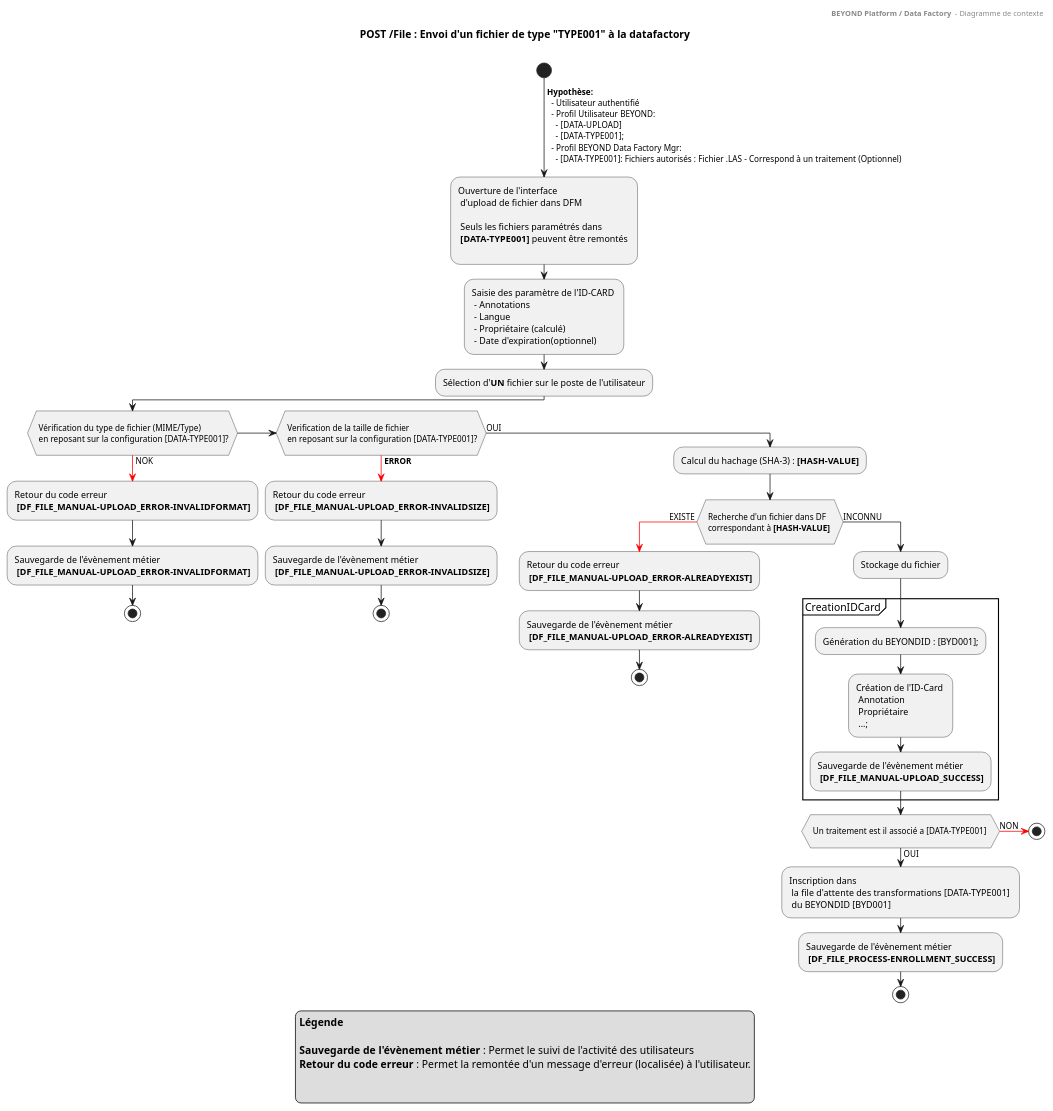
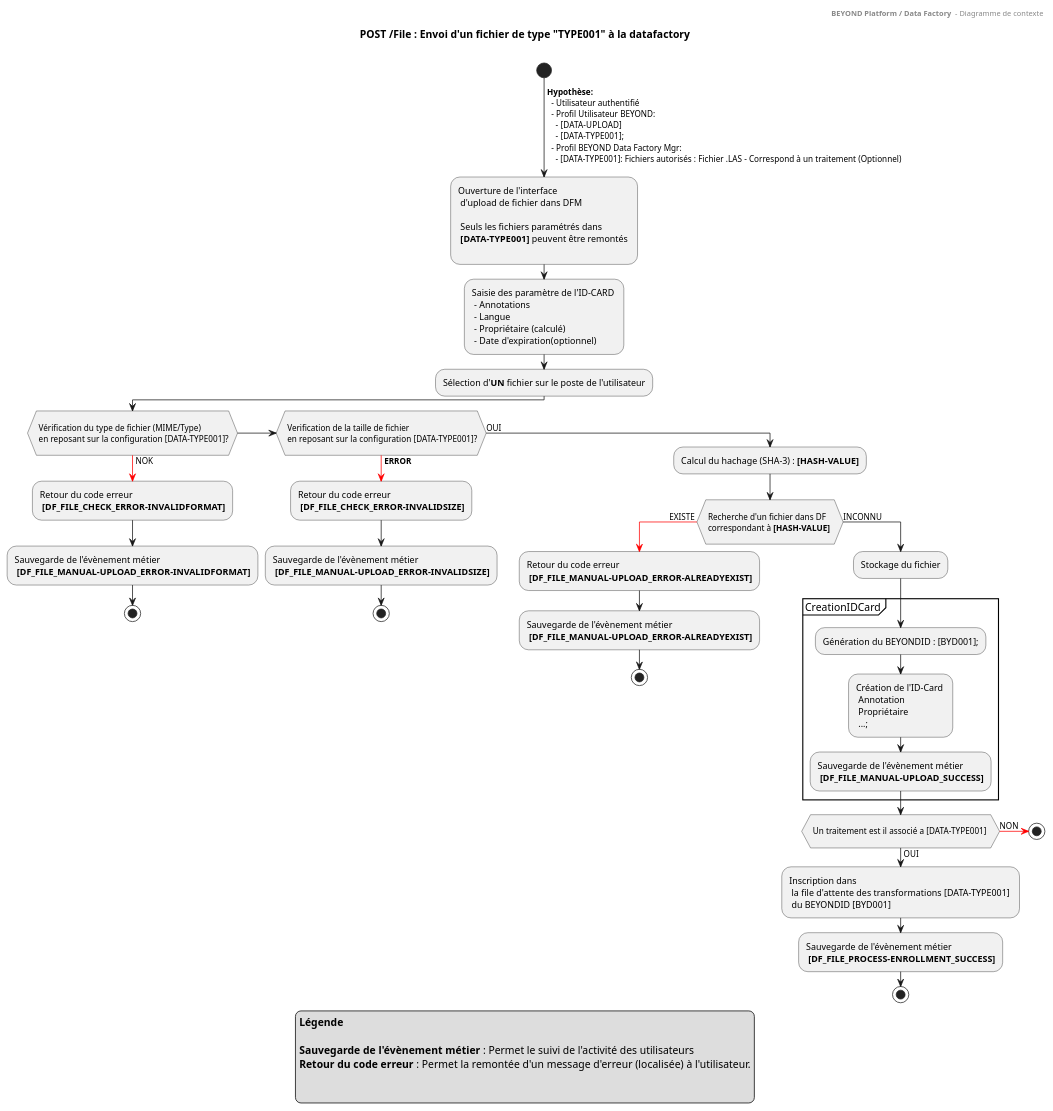
One commit to cogirep/documentation changed the diagram in 01.byd-DataFactory/1.ArchitectureDossier/images/0251.UCase-UPLOAD-File-M2M.puml. Above: the diagram before and after it, drawn with PlantUML. The commit also changed 11 other files, not shown here.

```diff
--- a/01.byd-DataFactory/1.ArchitectureDossier/images/0251.UCase-UPLOAD-File-M2M.puml
+++ b/01.byd-DataFactory/1.ArchitectureDossier/images/0251.UCase-UPLOAD-File-M2M.puml
@@ -1,66 +1,66 @@
 @startuml
 header
     <b>BEYOND Platform / Data Factory </b> - Diagramme de contexte
 end header
 
 title
 POST **/File** : Envoi d'un fichier de type "TYPE001" à la datafactory
 
 end title
 
 start
 ->  **Hypothèse:** \n  - Utilisateur authentifié \n  - Profil Utilisateur BEYOND:  \n    - [DATA-UPLOAD]\n    - [DATA-TYPE001];\n  - Profil BEYOND Data Factory Mgr:  \n    - [DATA-TYPE001]: Fichiers autorisés : Fichier .LAS - Correspond à un traitement (Optionnel);
 -Ouverture de l'interface \n d'upload de fichier dans DFM \n\n Seuls les fichiers paramétrés dans \n **[DATA-TYPE001]** peuvent être remontés \n
 -Saisie des paramètre de l'ID-CARD \n - Annotations \n - Langue \n - Propriétaire (calculé) \n - Date d'expiration(optionnel)
 -Sélection d'**UN** fichier sur le poste de l'utilisateur
 
 if ( \n Vérification du type de fichier (MIME/Type) \n en reposant sur la configuration [DATA-TYPE001]?\n) then
 -[#red]-> NOK ;
--Retour du code erreur  \n **[DF_FILE_MANUAL-UPLOAD_ERROR-INVALIDFORMAT]**
+-Retour du code erreur  \n **[DF_FILE_CHECK_ERROR-INVALIDFORMAT]**
 -Sauvegarde de l'évènement métier \n **[DF_FILE_MANUAL-UPLOAD_ERROR-INVALIDFORMAT]**
 stop
 elseif (\n Verification de la taille de fichier\n en reposant sur la configuration [DATA-TYPE001]?\n) then
 -[#red]-> **ERROR**;
--Retour du code erreur  \n **[DF_FILE_MANUAL-UPLOAD_ERROR-INVALIDSIZE]**
+-Retour du code erreur  \n **[DF_FILE_CHECK_ERROR-INVALIDSIZE]**
 -Sauvegarde de l'évènement métier \n **[DF_FILE_MANUAL-UPLOAD_ERROR-INVALIDSIZE]**
 stop
 else (OUI)
 -Calcul du hachage (SHA-3) : **[HASH-VALUE]**
 if ( \n Recherche d'un fichier dans DF \n correspondant à **[HASH-VALUE]**  \n) then
 -[#red]-> EXISTE ;
 -Retour du code erreur  \n **[DF_FILE_MANUAL-UPLOAD_ERROR-ALREADYEXIST]**
 -Sauvegarde de l'évènement métier \n **[DF_FILE_MANUAL-UPLOAD_ERROR-ALREADYEXIST]**
 Stop
 else (INCONNU)
 :Stockage du fichier;
 partition CreationIDCard {
     -Génération du BEYONDID : [BYD001];
     -Création de l'ID-Card \n Annotation\n Propriétaire \n ...;
     -Sauvegarde de l'évènement métier \n **[DF_FILE_MANUAL-UPLOAD_SUCCESS]**
 
 }
 
 if ( \n Un traitement est il associé a [DATA-TYPE001]  \n) then
 -[#red]-> NON ;
 Stop
 else (OUI)
 -Inscription dans \n la file d'attente des transformations [DATA-TYPE001] \n du BEYONDID [BYD001]
 -Sauvegarde de l'évènement métier \n **[DF_FILE_PROCESS-ENROLLMENT_SUCCESS]**
 endif
 
 
 stop
 endif
 
 endif
 
 legend 
 **Légende**
 
 **Sauvegarde de l'évènement métier** : Permet le suivi de l'activité des utilisateurs
 **Retour du code erreur** : Permet la remontée d'un message d'erreur (localisée) à l'utilisateur.
 
 
 endlegend
 
 @enduml
```
